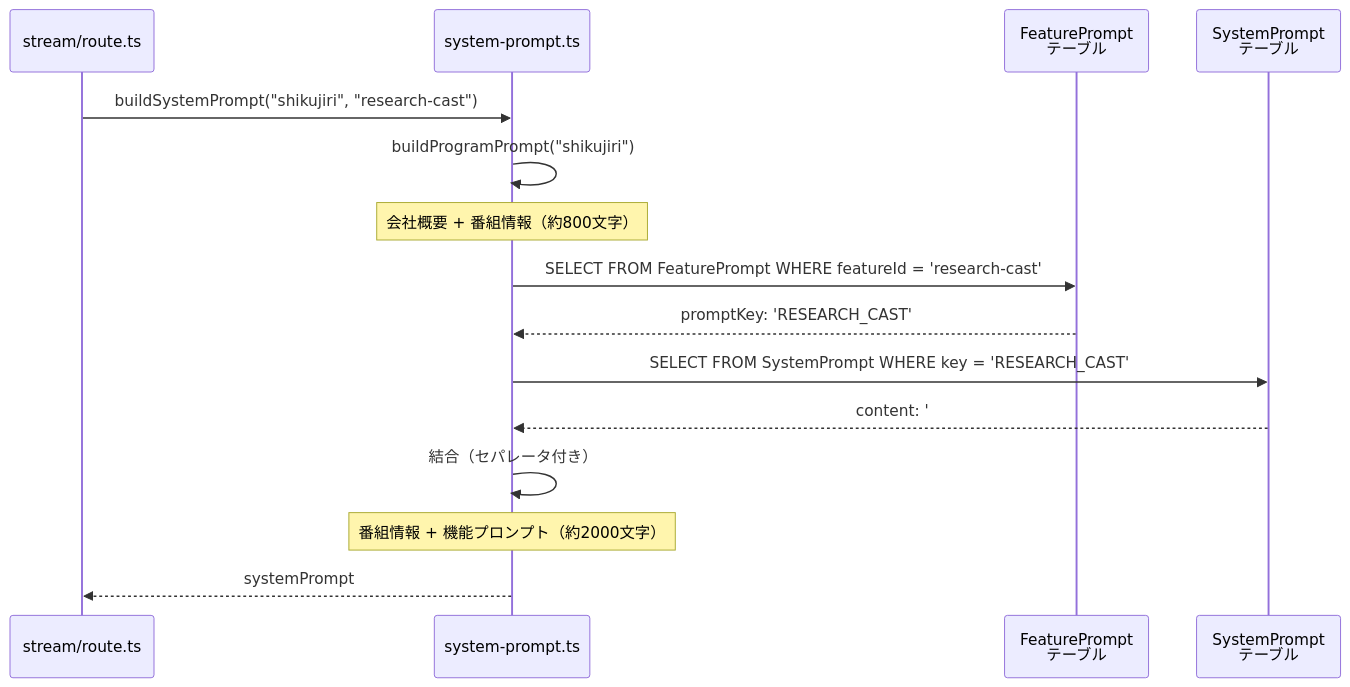
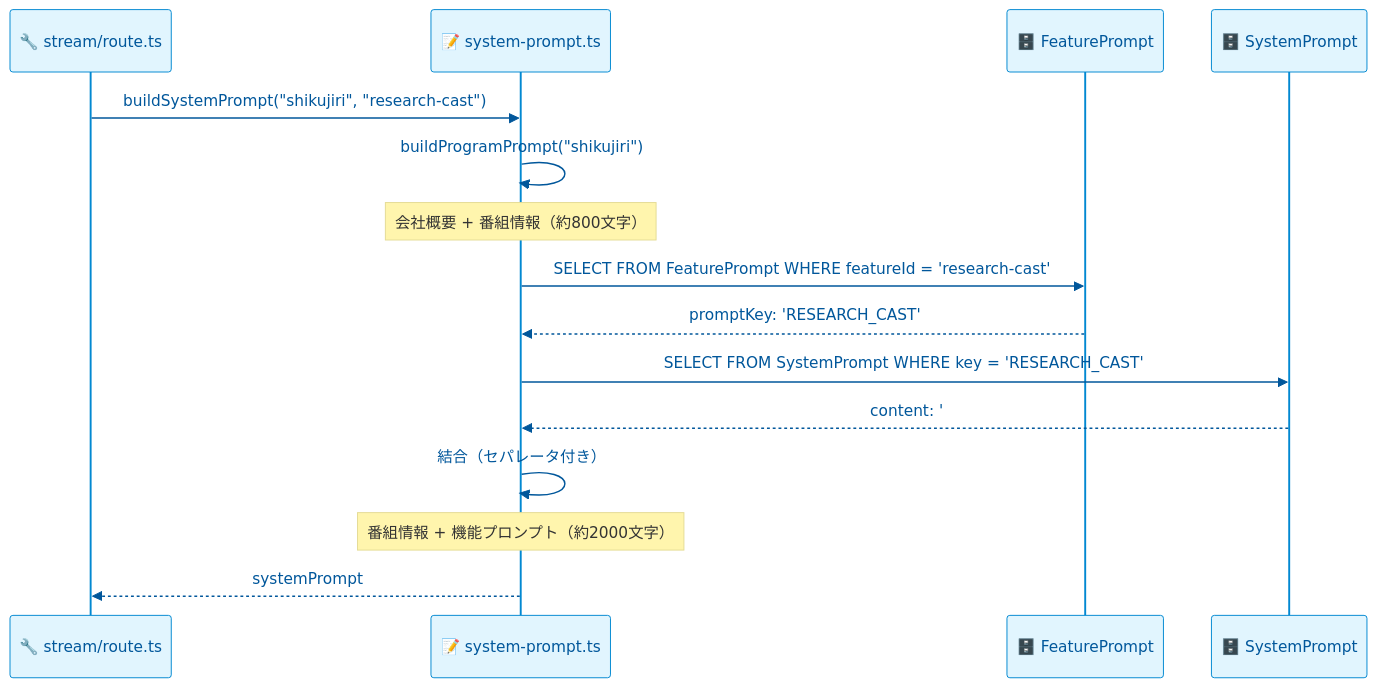
Before and after one commit to langcore-org/united-productions-web: the third of 7 diagrams in docs/specs/api-integration/system-prompt-generation.md, drawn with Mermaid. The commit also changed other lines of this file, not shown here.

First line of the commit message:
docs: Mermaid図をダークモード対応に改善

````diff
--- a/docs/specs/api-integration/system-prompt-generation.md
+++ b/docs/specs/api-integration/system-prompt-generation.md
@@ -100,23 +102,24 @@
 ```mermaid
+%%{init: {'theme': 'base', 'themeVariables': { 'primaryColor': '#e1f5fe', 'primaryTextColor': '#01579b', 'primaryBorderColor': '#0288d1', 'lineColor': '#0288d1', 'secondaryColor': '#fff3e0', 'tertiaryColor': '#e8f5e9', 'actorBkgColor': '#e1f5fe', 'actorTextColor': '#01579b', 'actorLineColor': '#0288d1', 'background': '#fafafa'}}}%%
 sequenceDiagram
-    participant API as stream/route.ts
-    participant SP as system-prompt.ts
-    participant DB1 as FeaturePrompt<br/>テーブル
-    participant DB2 as SystemPrompt<br/>テーブル
+    participant API as 🔧 stream/route.ts
+    participant SP as 📝 system-prompt.ts
+    participant DB1 as 🗄️ FeaturePrompt
+    participant DB2 as 🗄️ SystemPrompt
 
     API->>SP: buildSystemPrompt("shikujiri", "research-cast")
 
     SP->>SP: buildProgramPrompt("shikujiri")
     Note over SP: 会社概要 + 番組情報（約800文字）
 
     SP->>DB1: SELECT FROM FeaturePrompt WHERE featureId = 'research-cast'
     DB1-->>SP: promptKey: 'RESEARCH_CAST'
 
     SP->>DB2: SELECT FROM SystemPrompt WHERE key = 'RESEARCH_CAST'
     DB2-->>SP: content: '## 出演者リサーチ...'
 
     SP->>SP: 結合（セパレータ付き）
     Note over SP: 番組情報 + 機能プロンプト（約2000文字）
 
     SP-->>API: systemPrompt
 ```
````
